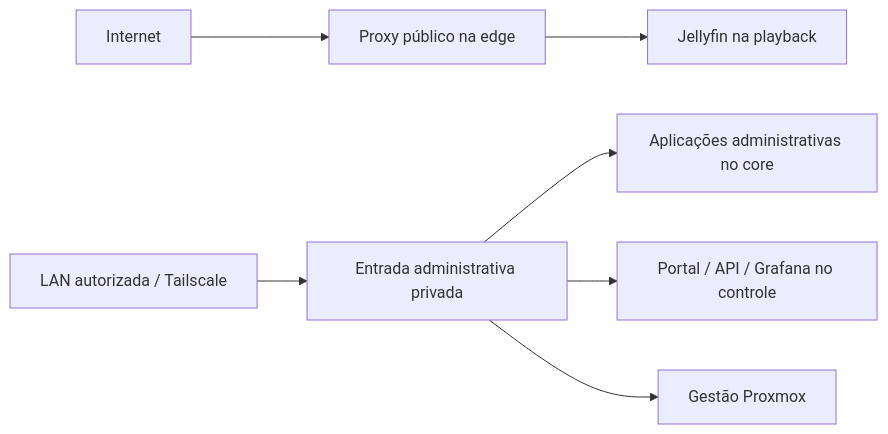
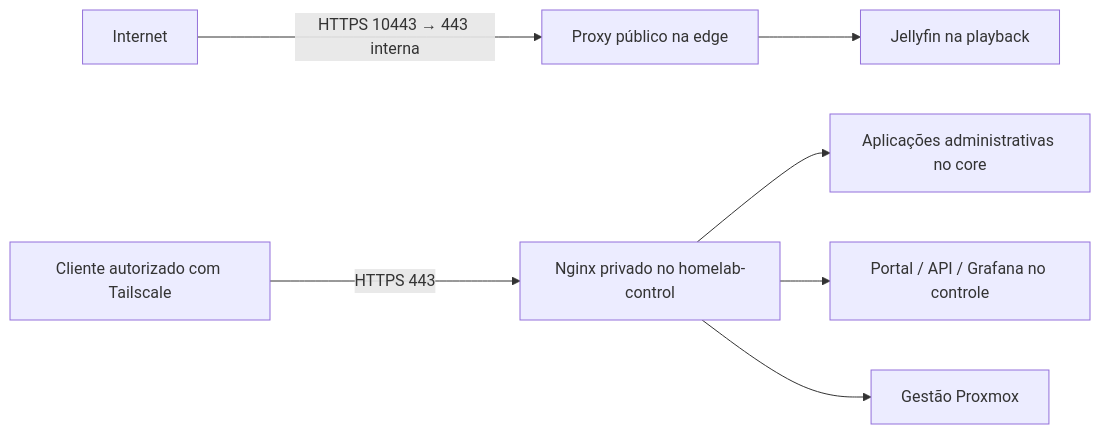
The diagram in docs/architecture/access-domains.md (reisguilherme/homelab-platform), drawn with Mermaid before and after one commit. The commit also changed other lines of this file and 3 other files, not shown here.

Commit message:
docs(access): accept public 10443 and private Tailscale domains

````diff
--- a/docs/architecture/access-domains.md
+++ b/docs/architecture/access-domains.md
@@ -89,9 +99,9 @@
 ```mermaid
 flowchart LR
-    INTERNET[Internet] --> EDGE[Proxy público na edge]
+    INTERNET[Internet] -->|HTTPS 10443 → 443 interna| EDGE[Proxy público na edge]
     EDGE --> JELLYFIN[Jellyfin na playback]
-    ADMIN[LAN autorizada / Tailscale] --> PRIVATE[Entrada administrativa privada]
+    ADMIN[Cliente autorizado com Tailscale] -->|HTTPS 443| PRIVATE[Nginx privado no homelab-control]
     PRIVATE --> CORE[Aplicações administrativas no core]
     PRIVATE --> CONTROL[Portal / API / Grafana no controle]
     PRIVATE --> PVE[Gestão Proxmox]
 ```
````
